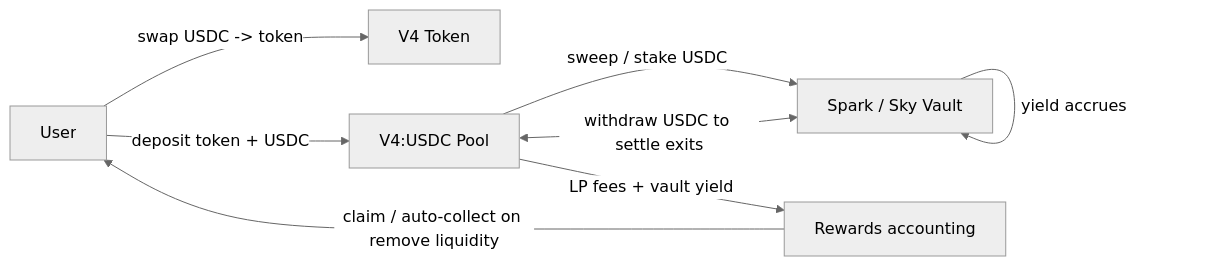
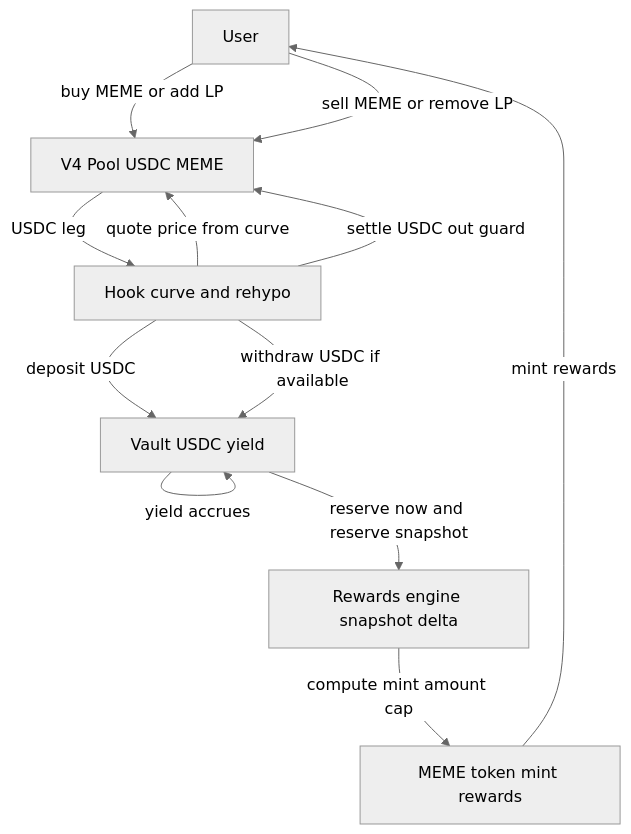
One commit to Yieldmas/token-v4 changed the third of 4 diagrams in README.md. Above: the diagram before and after it, drawn with Mermaid (neutral theme). The commit also changed other lines of this file and 1 other file, not shown here.

````diff
--- a/README.md
+++ b/README.md
@@ -31,10 +84,28 @@
 ```mermaid
-flowchart LR
-  U[User] -->|swap USDC -> token| T[V4 Token]
-  U -->|deposit token + USDC| P[V4:USDC Pool]
-  P -->|sweep / stake USDC| V[Spark / Sky Vault]
+flowchart TB
+  U[User]
+  P["V4 Pool USDC MEME"]
+  H["Hook curve and rehypo"]
+  V["Vault USDC yield"]
+  R["Rewards engine snapshot delta"]
+  T["MEME token mint rewards"]
+
+  %% Buys and LP add route USDC to vault
+  U -->|buy MEME or add LP| P
+  P -->|USDC leg| H
+  H -->|deposit USDC| V
   V -->|yield accrues| V
-  P <-->|withdraw USDC to settle exits| V
-  P -->|LP fees + vault yield| R[Rewards accounting]
-  R -->|claim / auto-collect on remove liquidity| U
+
+  %% Pricing is only bonding curve
+  H -->|quote price from curve| P
+
+  %% Rewards from reserve delta
+  V -->|reserve now and reserve snapshot| R
+  R -->|compute mint amount cap| T
+  T -->|mint rewards| U
+
+  %% Exits and sells
+  U -->|sell MEME or remove LP| P
+  H -->|withdraw USDC if available| V
+  H -->|settle USDC out guard| P
 ```
````
